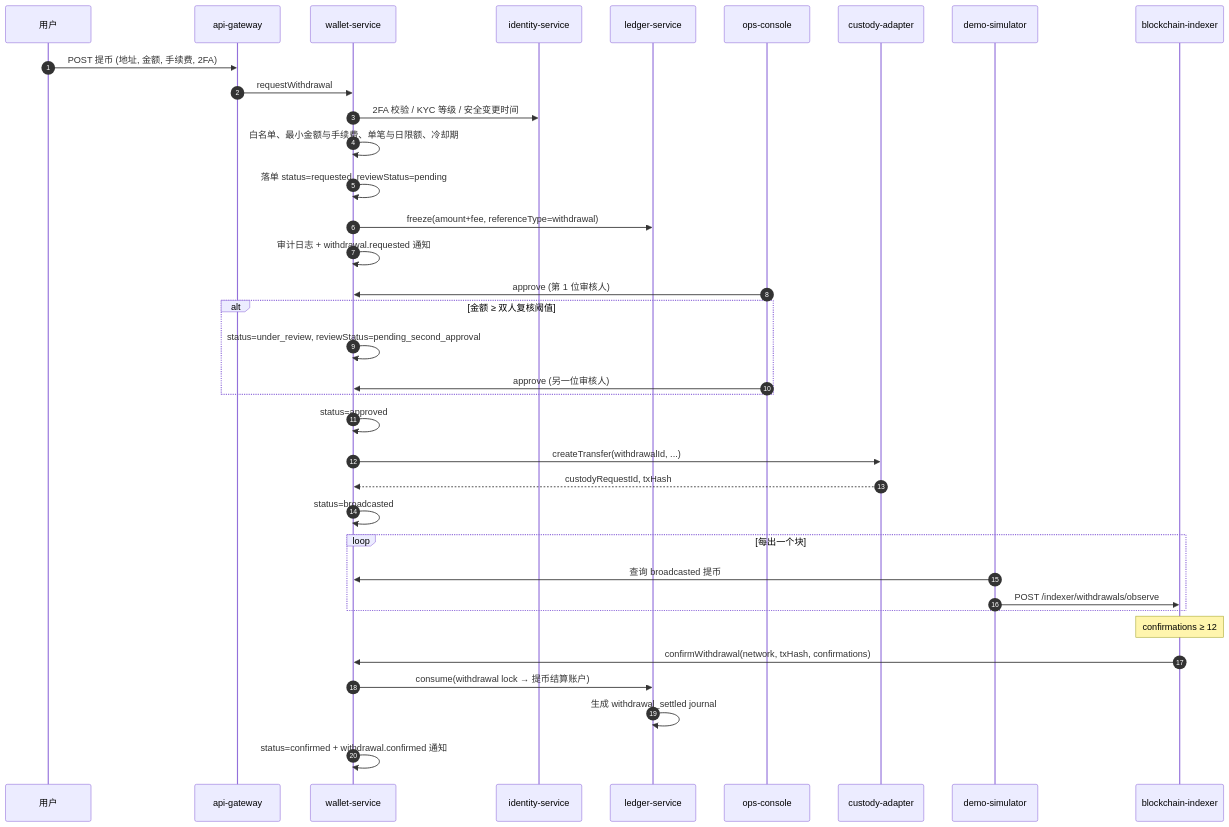
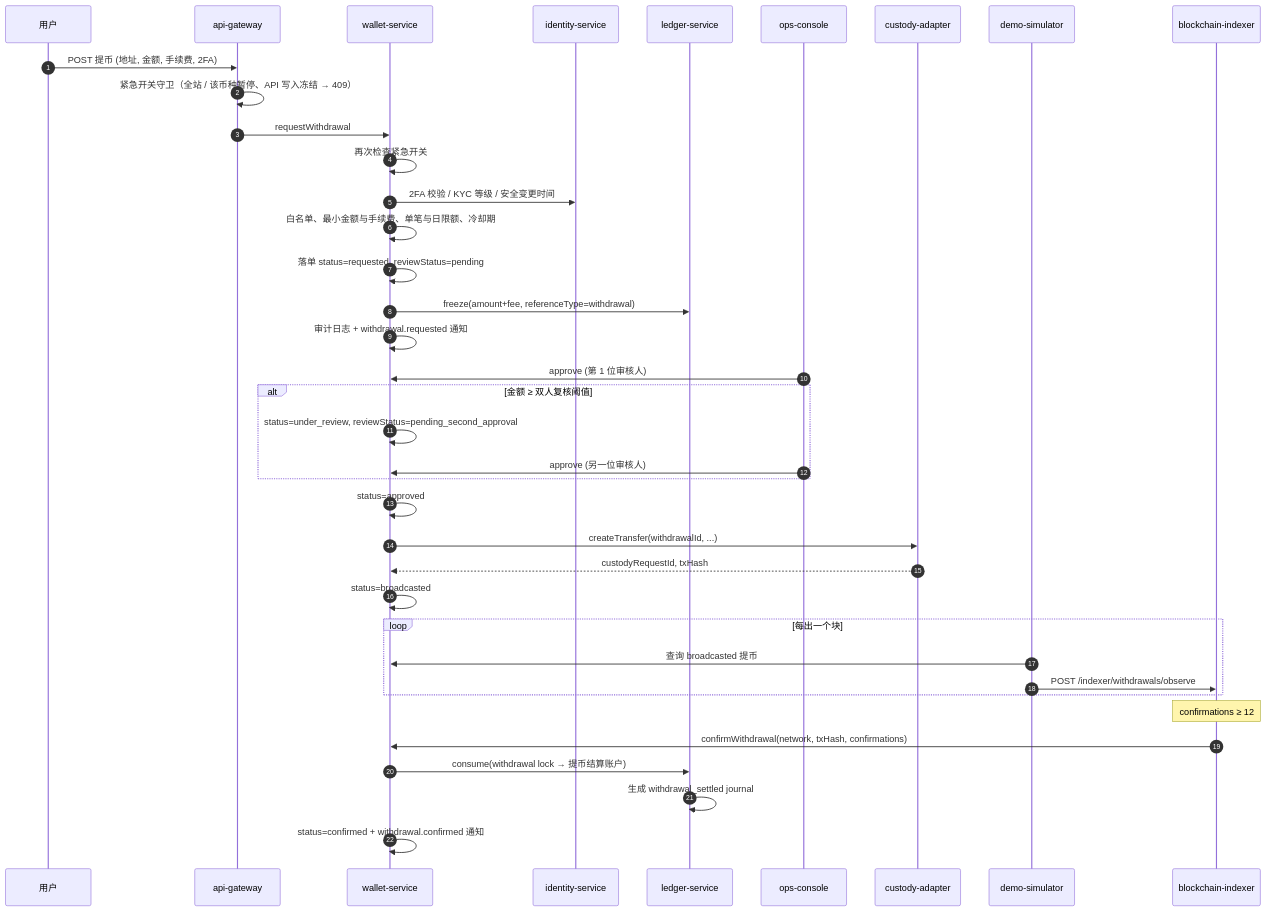
The third of 5 diagrams in docs/architecture.md (ocean-8848/CEX-Demo), drawn with Mermaid before and after one commit. The commit also changed other lines of this file and 30 other files, not shown here.

````diff
--- a/docs/architecture.md
+++ b/docs/architecture.md
@@ -231,39 +234,41 @@
 ```mermaid
 sequenceDiagram
   autonumber
   participant U as 用户
   participant GW as api-gateway
   participant W as wallet-service
   participant ID as identity-service
   participant L as ledger-service
   participant OPS as ops-console
   participant CA as custody-adapter
   participant SIM as demo-simulator
   participant BI as blockchain-indexer
 
   U->>GW: POST 提币 (地址, 金额, 手续费, 2FA)
+  GW->>GW: 紧急开关守卫（全站 / 该币种暂停、API 写入冻结 → 409）
   GW->>W: requestWithdrawal
+  W->>W: 再次检查紧急开关
   W->>ID: 2FA 校验 / KYC 等级 / 安全变更时间
   W->>W: 白名单、最小金额与手续费、单笔与日限额、冷却期
   W->>W: 落单 status=requested, reviewStatus=pending
   W->>L: freeze(amount+fee, referenceType=withdrawal)
   W->>W: 审计日志 + withdrawal.requested 通知
   OPS->>W: approve (第 1 位审核人)
   alt 金额 ≥ 双人复核阈值
     W->>W: status=under_review, reviewStatus=pending_second_approval
     OPS->>W: approve (另一位审核人)
   end
   W->>W: status=approved
   W->>CA: createTransfer(withdrawalId, ...)
   CA-->>W: custodyRequestId, txHash
   W->>W: status=broadcasted
   loop 每出一个块
     SIM->>W: 查询 broadcasted 提币
     SIM->>BI: POST /indexer/withdrawals/observe
   end
   Note over BI: confirmations ≥ 12
   BI->>W: confirmWithdrawal(network, txHash, confirmations)
   W->>L: consume(withdrawal lock → 提币结算账户)
   L->>L: 生成 withdrawal_settled journal
   W->>W: status=confirmed + withdrawal.confirmed 通知
 ```
````
